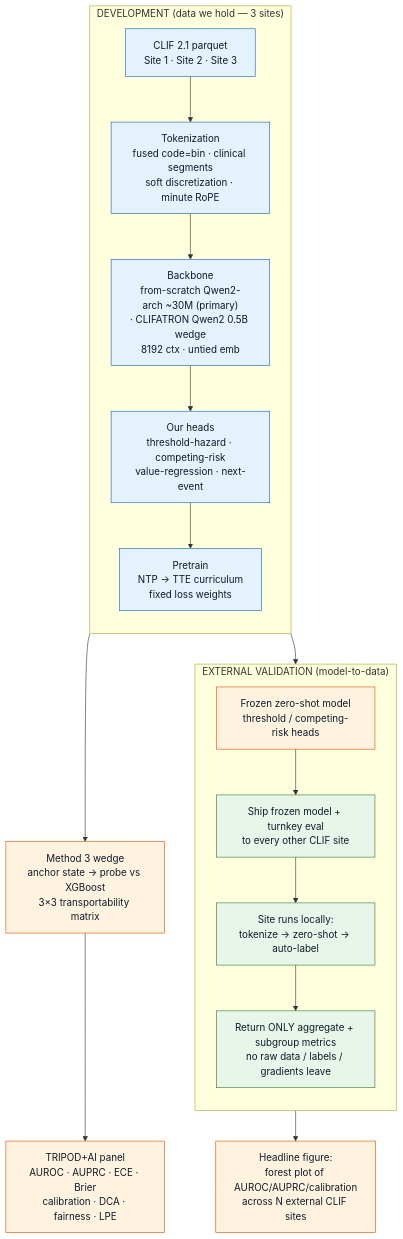
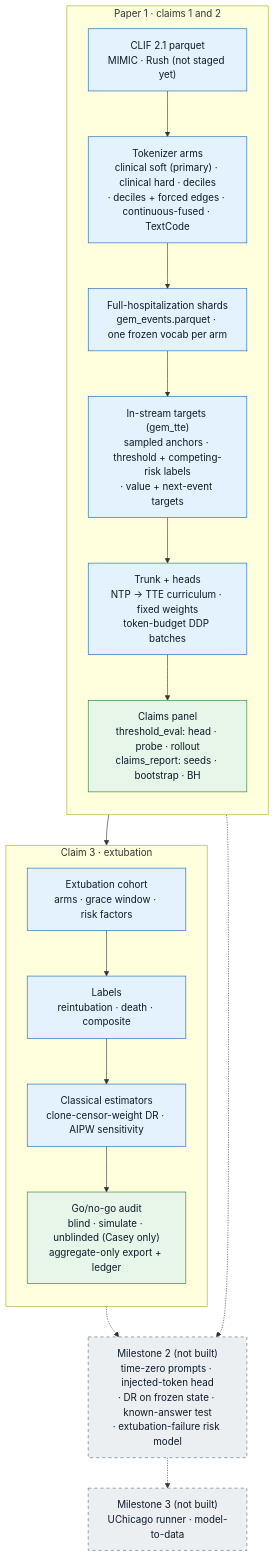
One commit to sajor2000/clifatron2.0 changed the first of 3 diagrams in website/docs/overview.md. Above: the diagram before and after it, drawn with Mermaid. The commit also changed other lines of this file and 15 other files, not shown here.

First line of the commit message:
docs: describe the three-claim model, objective and extubation study as built (U19)

````diff
--- a/website/docs/overview.md
+++ b/website/docs/overview.md
@@ -50,30 +62,30 @@
 ```mermaid
 flowchart TB
-    subgraph DEV["DEVELOPMENT (data we hold — 3 sites)"]
+    subgraph P1["Paper 1 · claims 1 and 2"]
         direction TB
-        A["CLIF 2.1 parquet<br/>Site 1 · Site 2 · Site 3"] --> B["Tokenization<br/>fused code=bin · clinical segments<br/>soft discretization · minute RoPE"]
-        B --> C["Backbone<br/>from-scratch Qwen2-arch ~30M (primary)<br/>· CLIFATRON Qwen2 0.5B wedge<br/>8192 ctx · untied emb"]
-        C --> D["Our heads<br/>threshold-hazard · competing-risk<br/>value-regression · next-event"]
-        D --> E["Pretrain<br/>NTP → TTE curriculum<br/>fixed loss weights"]
+        A["CLIF 2.1 parquet<br/>MIMIC · Rush (not staged yet)"] --> B["Tokenizer arms<br/>clinical soft (primary) · clinical hard · deciles<br/>· deciles + forced edges · continuous-fused · TextCode"]
+        B --> C["Full-hospitalization shards<br/>gem_events.parquet · one frozen vocab per arm"]
+        C --> D["In-stream targets (gem_tte)<br/>sampled anchors · threshold + competing-risk labels<br/>· value + next-event targets"]
+        D --> E["Trunk + heads<br/>NTP → TTE curriculum · fixed weights<br/>token-budget DDP batches"]
+        E --> F["Claims panel<br/>threshold_eval: head · probe · rollout<br/>claims_report: seeds · bootstrap · BH"]
     end
 
-    E --> F["Method 3 wedge<br/>anchor state → probe vs XGBoost<br/>3×3 transportability matrix"]
-    E --> G["Frozen zero-shot model<br/>threshold / competing-risk heads"]
-
-    subgraph EXT["EXTERNAL VALIDATION (model-to-data)"]
+    subgraph P3["Claim 3 · extubation"]
         direction TB
-        G --> H["Ship frozen model + turnkey eval<br/>to every other CLIF site"]
-        H --> I["Site runs locally:<br/>tokenize → zero-shot → auto-label"]
-        I --> J["Return ONLY aggregate + subgroup metrics<br/>no raw data / labels / gradients leave"]
+        G["Extubation cohort<br/>arms · grace window · risk factors"] --> H["Labels<br/>reintubation · death · composite"]
+        H --> I["Classical estimators<br/>clone-censor-weight DR · AIPW sensitivity"]
+        I --> J["Go/no-go audit<br/>blind · simulate · unblinded (Casey only)<br/>aggregate-only export + ledger"]
     end
 
-    F --> K["TRIPOD+AI panel<br/>AUROC · AUPRC · ECE · Brier<br/>calibration · DCA · fairness · LPE"]
-    J --> L["Headline figure:<br/>forest plot of AUROC/AUPRC/calibration<br/>across N external CLIF sites"]
+    A --> G
+    E -.-> K["Milestone 2 (not built)<br/>time-zero prompts · injected-token head<br/>· DR on frozen state · known-answer test<br/>· extubation-failure risk model"]
+    I -.-> K
+    K -.-> U["Milestone 3 (not built)<br/>UChicago runner · model-to-data"]
 
-    classDef dev fill:#e3f2fd,stroke:#1565c0,color:#0d1b2a;
-    classDef ext fill:#e8f5e9,stroke:#2e7d32,color:#0d1b2a;
-    classDef out fill:#fff3e0,stroke:#e65100,color:#0d1b2a;
-    class A,B,C,D,E dev;
-    class H,I,J ext;
-    class F,G,K,L out;
+    classDef built fill:#e3f2fd,stroke:#1565c0,color:#0d1b2a;
+    classDef out fill:#e8f5e9,stroke:#2e7d32,color:#0d1b2a;
+    classDef todo fill:#eceff1,stroke:#546e7a,color:#0d1b2a,stroke-dasharray: 5 5;
+    class A,B,C,D,E,G,H,I built;
+    class F,J out;
+    class K,U todo;
 ```
````
